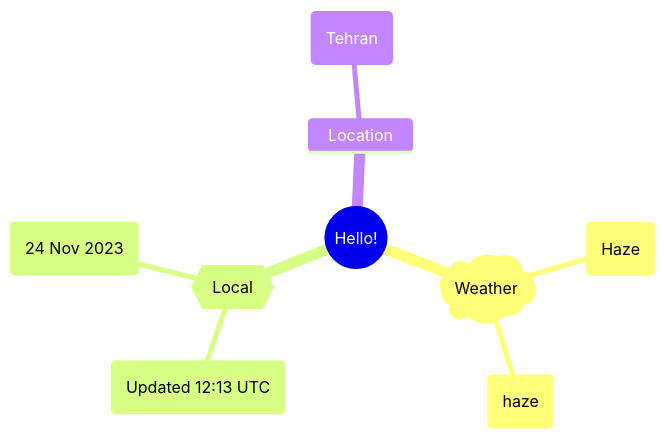
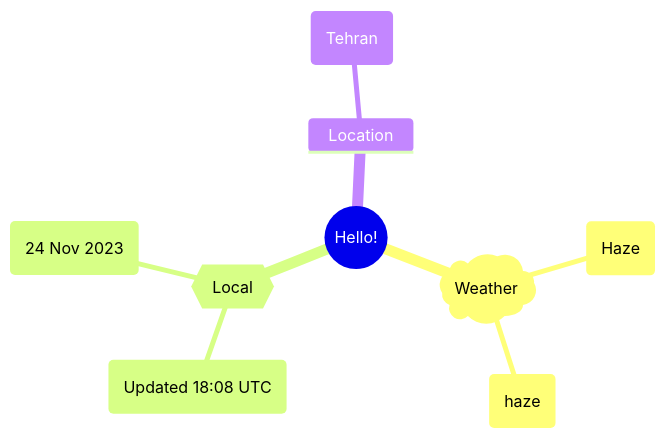
Before and after one commit to Xosrov/Xosrov: the first of 2 diagrams in README.md, drawn with Mermaid.

Commit message:
[bot] updated images

````diff
--- a/README.md
+++ b/README.md
@@ -3,12 +3,12 @@
 ```mermaid
 mindmap
   root((Hello!))
     )Weather(
         (Haze)
         (haze)
     {{Local}}
-        (Updated 12:13 UTC)
+        (Updated 18:08 UTC)
         (24 Nov 2023)
     Location
         (Tehran)
 ```
````
